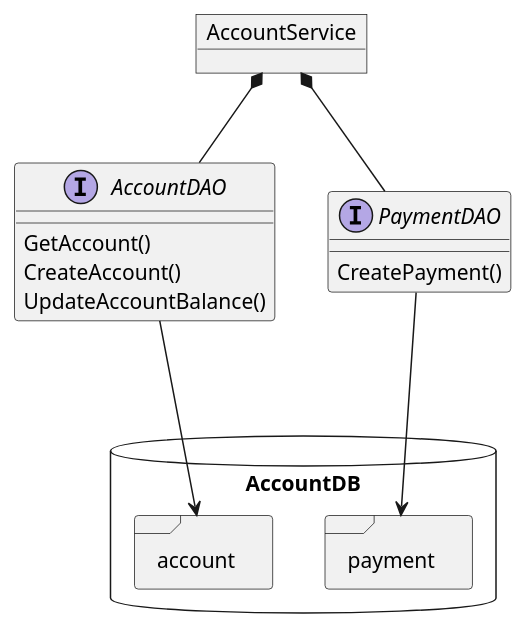
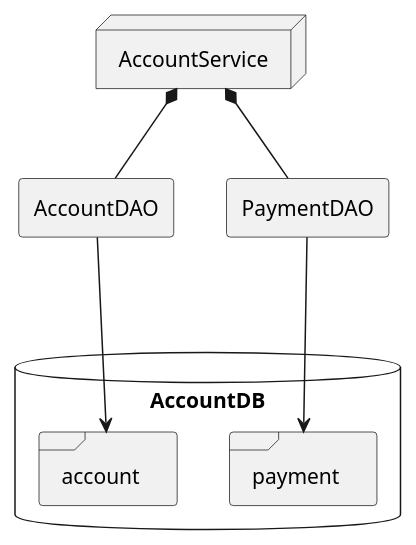
One commit to nminhquan/account-system changed the tenth of 16 diagrams in README.md. Above: the diagram before and after it, drawn with PlantUML. The commit also changed other lines of this file and 17 other files, not shown here.

````diff
--- a/README.md
+++ b/README.md
@@ -334,22 +396,15 @@
 ```plantuml
 @startuml
-allowmixing
-object AccountService
-interface AccountDAO {
-	GetAccount()
-	CreateAccount()
-	UpdateAccountBalance()
-}
-interface PaymentDAO {
-	CreatePayment()
-}
+node AccountService
+rectangle AccountDAO
+rectangle PaymentDAO
 database AccountDB {
 	frame account
 	frame payment
 }
 AccountService *-- AccountDAO
 AccountService *-- PaymentDAO
 AccountDAO ---> account
 PaymentDAO ---> payment
 @enduml
 ```
````
